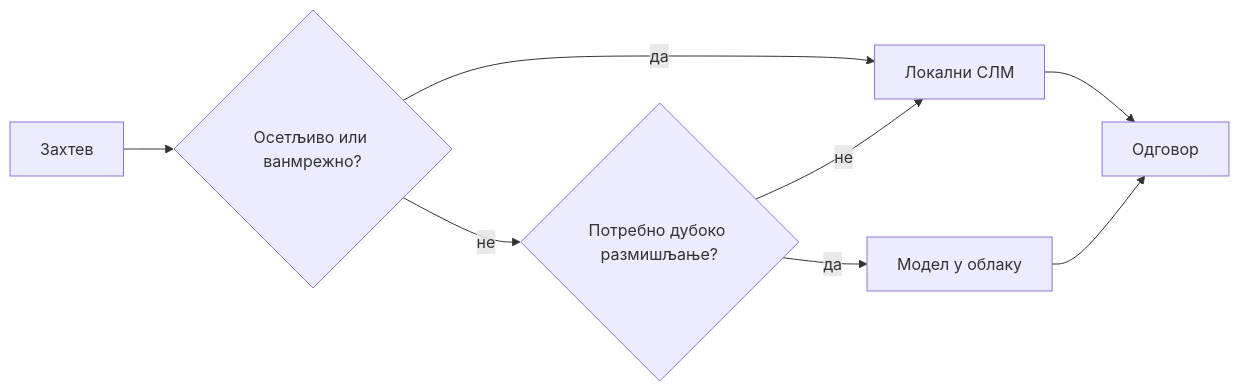
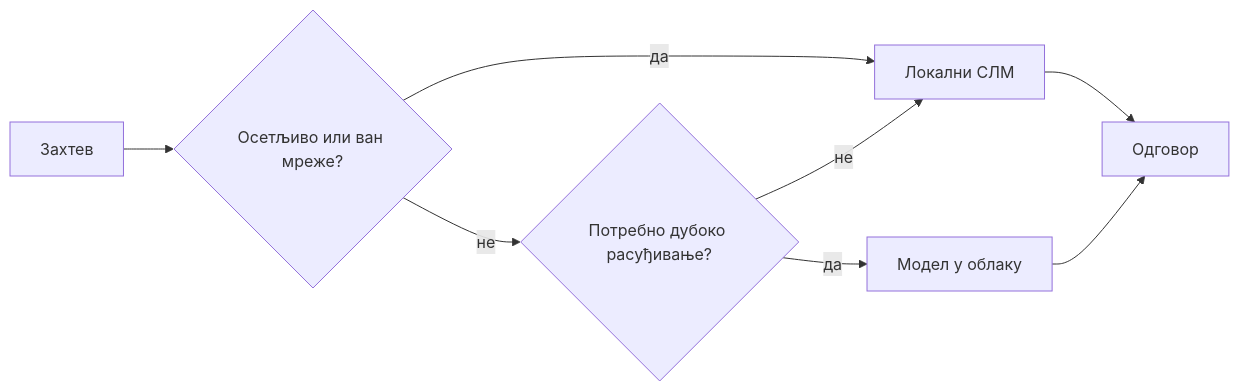
One commit to microsoft/ai-agents-for-beginners changed the fourth of 4 diagrams in translations/sr/17-creating-local-ai-agents/README.md. Above: the diagram before and after it, drawn with Mermaid. The commit also changed other lines of this file and 47 other files, not shown here.

````diff
--- a/translations/sr/17-creating-local-ai-agents/README.md
+++ b/translations/sr/17-creating-local-ai-agents/README.md
@@ -156,10 +156,10 @@
 ```mermaid
 flowchart LR
-    Q[Захтев] --> S{Осетљиво или ванмрежно?}
+    Q[Захтев] --> S{Осетљиво или ван мреже?}
     S -->|да| L[Локални СЛМ]
-    S -->|не| C{Потребно дубоко размишљање?}
+    S -->|не| C{Потребно дубоко расуђивање?}
     C -->|не| L
     C -->|да| Cloud[Модел у облаку]
     L --> Out[Одговор]
     Cloud --> Out
 ```
````
